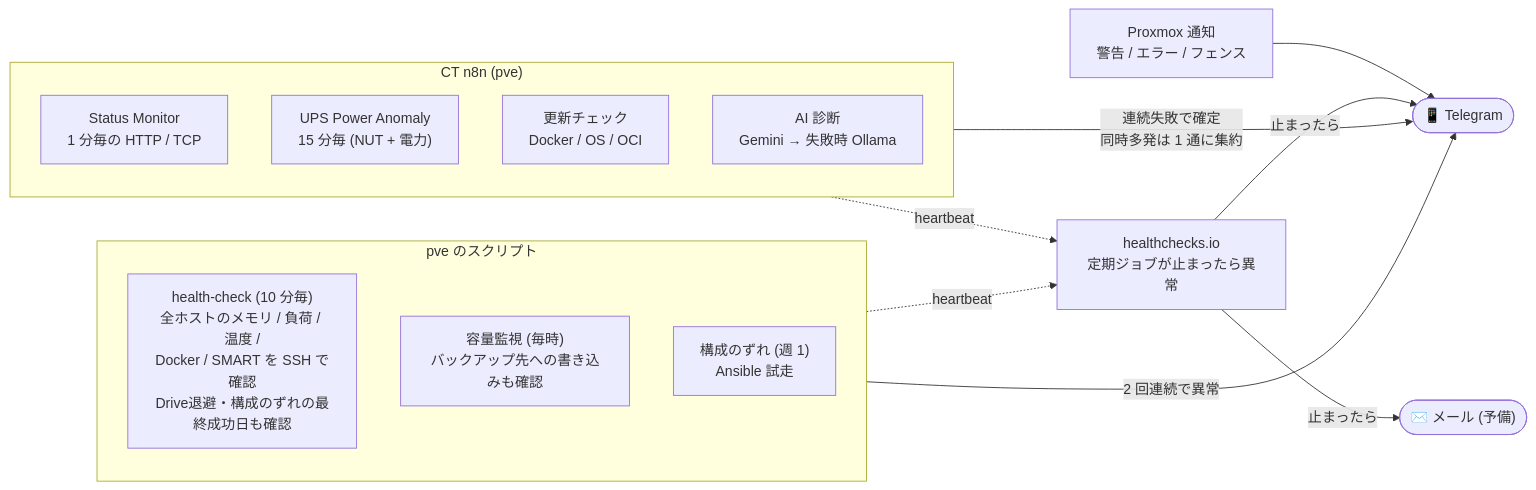
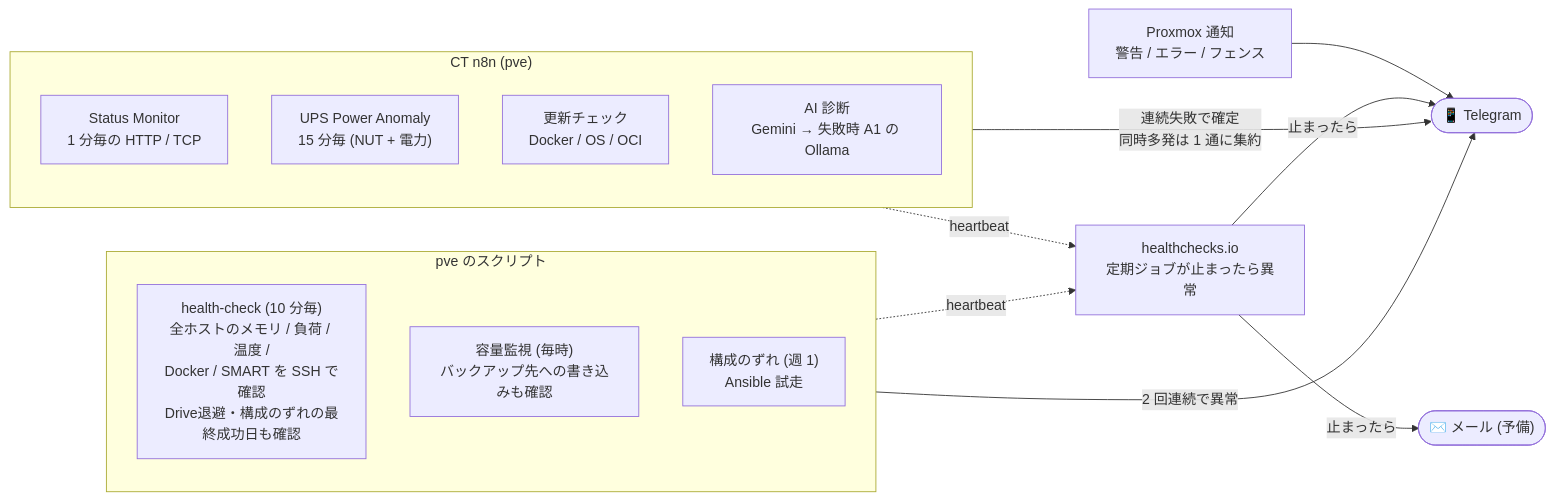
The fourth of 4 diagrams in README.md (Leucophyllous/homelab), drawn with Mermaid before and after one commit. The commit also changed other lines of this file and 3 other files, not shown here.

````diff
--- a/README.md
+++ b/README.md
@@ -143,28 +142,28 @@
 ```mermaid
 flowchart LR
   subgraph n8nbox["CT n8n (pve)"]
     direction TB
     sm["Status Monitor<br>1 分毎の HTTP / TCP"]
     ups["UPS Power Anomaly<br>15 分毎 (NUT + 電力)"]
     upd["更新チェック<br>Docker / OS / OCI"]
-    ai["AI 診断<br>Gemini → 失敗時 Ollama"]
+    ai["AI 診断<br>Gemini → 失敗時 A1 の Ollama"]
   end
   subgraph pvebox["pve のスクリプト"]
     direction TB
     hcx["health-check (10 分毎)<br>全ホストのメモリ / 負荷 / 温度 /<br>Docker / SMART を SSH で確認<br>Drive退避・構成のずれの最終成功日も確認"]
     cap["容量監視 (毎時)<br>バックアップ先への書き込みも確認"]
     drift["構成のずれ (週 1)<br>Ansible 試走"]
   end
   pvn["Proxmox 通知<br>警告 / エラー / フェンス"]
   tg(["📱 Telegram"])
   hc["healthchecks.io<br>定期ジョブが止まったら異常"]
   mail(["✉️ メール (予備)"])
 
   n8nbox -->|"連続失敗で確定<br>同時多発は 1 通に集約"| tg
   pvebox -->|"2 回連続で異常"| tg
   pvn --> tg
   n8nbox -.->|heartbeat| hc
   pvebox -.->|heartbeat| hc
   hc -->|止まったら| tg
   hc -->|止まったら| mail
 ```
````
